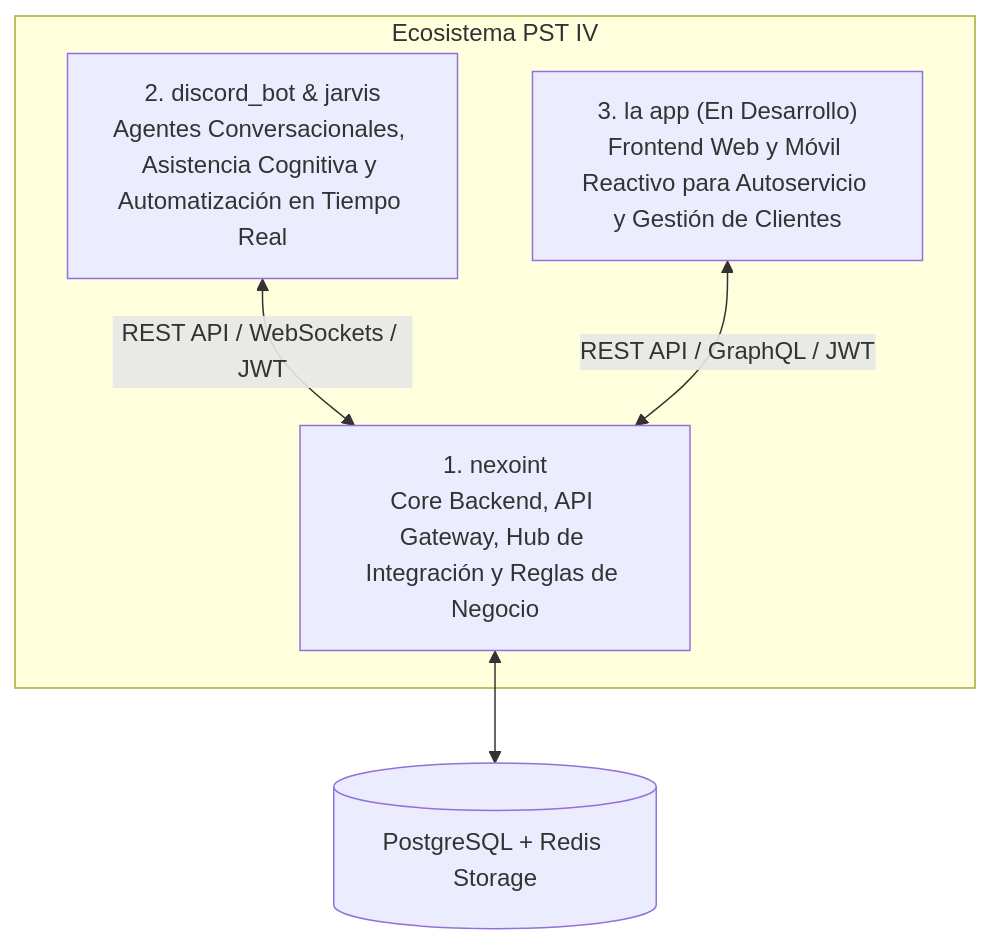
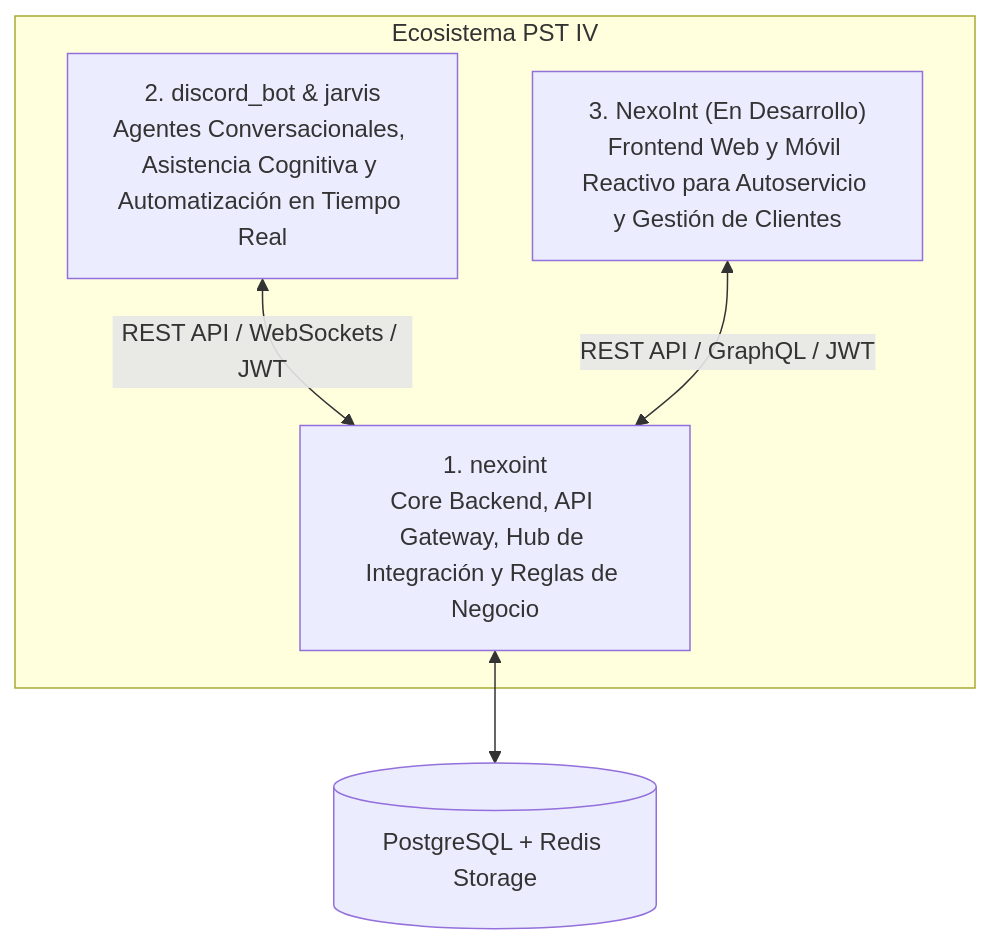
Before and after one commit to jesusalbujas/CONTROL-PST: the first of 12 diagrams in docs/proyectos/pst-4-arquitectura.md, drawn with Mermaid. The commit also changed other lines of this file and 3 other files, not shown here.

Commit message:
docs: standardize frontend app naming to NexoInt across all PST IV documentation

````diff
--- a/docs/proyectos/pst-4-arquitectura.md
+++ b/docs/proyectos/pst-4-arquitectura.md
@@ -48,12 +48,12 @@
 ```mermaid
 flowchart TD
     subgraph sub_Ecosistema_PST_IV ["Ecosistema PST IV"]
         A["1. nexoint<br>Core Backend, API Gateway, Hub de Integración y Reglas de Negocio"]
         B["2. discord_bot & jarvis<br>Agentes Conversacionales, Asistencia Cognitiva y Automatización en Tiempo Real"]
-        C["3. la app (En Desarrollo)<br>Frontend Web y Móvil Reactivo para Autoservicio y Gestión de Clientes"]
+        C["3. NexoInt (En Desarrollo)<br>Frontend Web y Móvil Reactivo para Autoservicio y Gestión de Clientes"]
     end
 
     B <-->|REST API / WebSockets / JWT| A
     C <-->|REST API / GraphQL / JWT| A
     A <--> DB[("PostgreSQL + Redis Storage")]
 ```
````
